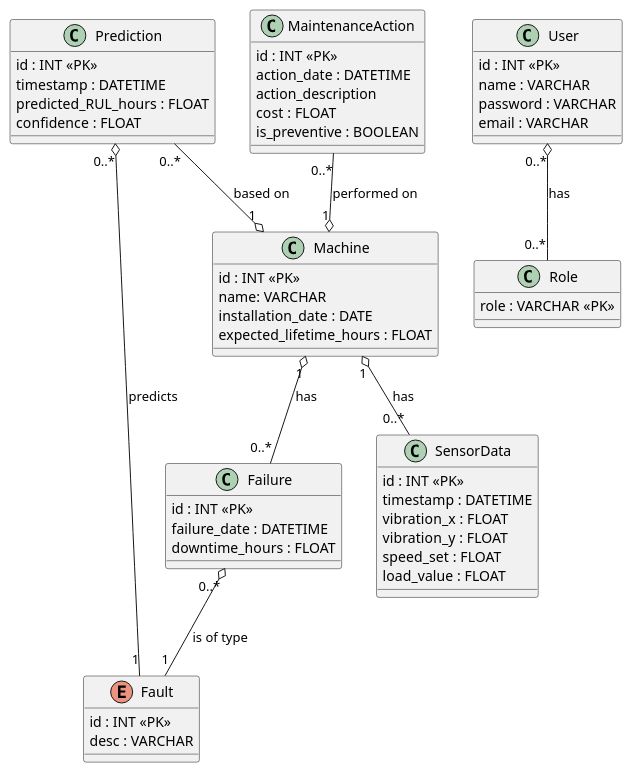
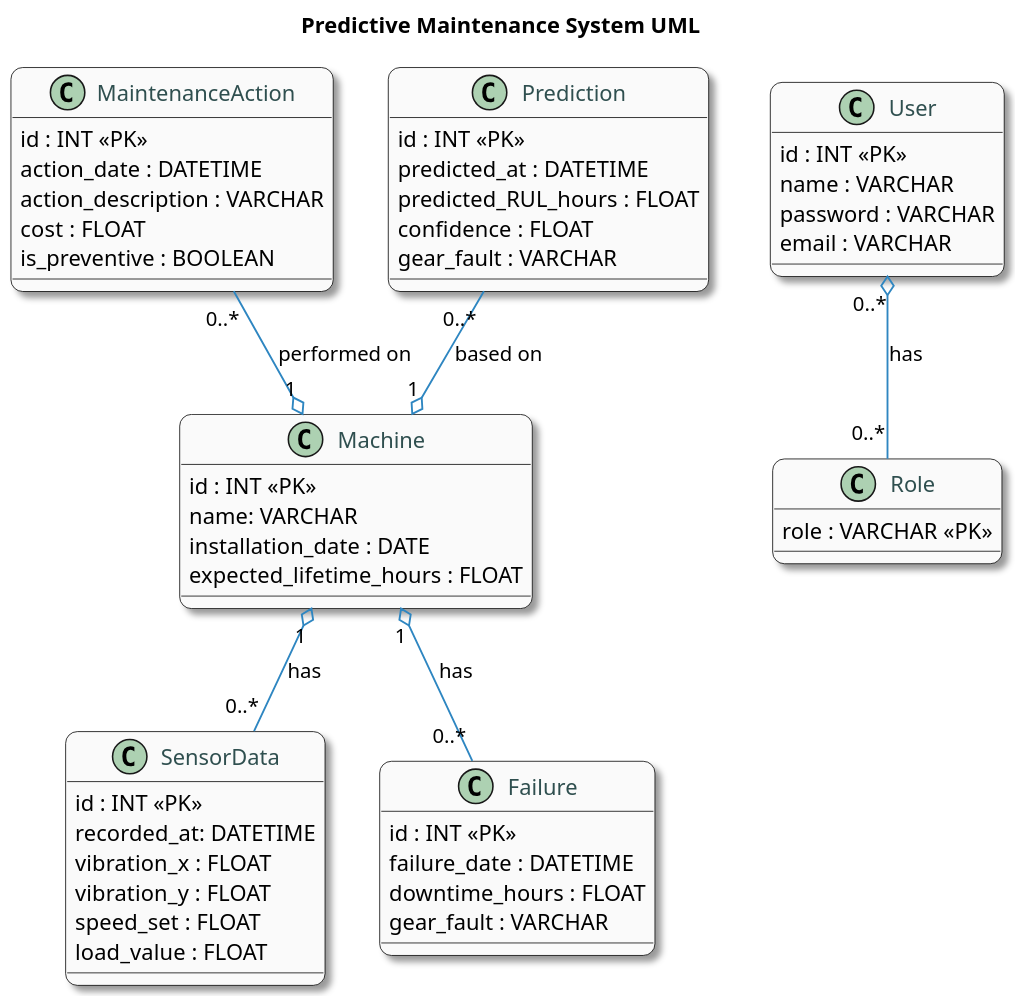
The diagram in class_diagram.puml (Nisrine-C/Maintenance-Platform---Backend), drawn with PlantUML before and after one commit.

```diff
--- a/class_diagram.puml
+++ b/class_diagram.puml
@@ -1,67 +1,78 @@
 @startuml
-'https://plantuml.com/class-diagram
+' https://plantuml.com/class-diagram
 
+' ==== Styling ====
+skinparam classAttributeIconSize 0
+skinparam classFontColor DarkSlateGray
+skinparam classFontSize 14
+skinparam classBackgroundColor #FAFAFA
+skinparam classBorderColor Black
+skinparam classArrowColor #2E86C1
+skinparam classFontName "Arial"
+skinparam shadowing true
+skinparam roundCorner 15
+skinparam dpi 150
+skinparam arrowThickness 1.2
+
+' ==== Title ====
+title Predictive Maintenance System UML
+
+' ==== Classes ====
 class Machine {
   id : INT <<PK>>
   name: VARCHAR
   installation_date : DATE
   expected_lifetime_hours : FLOAT
 }
 
-enum Fault {
-  id : INT <<PK>>
-  desc : VARCHAR
-}
-
 class SensorData {
   id : INT <<PK>>
-  timestamp : DATETIME
+  recorded_at: DATETIME
   vibration_x : FLOAT
   vibration_y : FLOAT
   speed_set : FLOAT
   load_value : FLOAT
 }
 
 class MaintenanceAction {
   id : INT <<PK>>
   action_date : DATETIME
-  action_description
+  action_description : VARCHAR
   cost : FLOAT
   is_preventive : BOOLEAN
 }
 
-
 class Prediction {
   id : INT <<PK>>
-  timestamp : DATETIME
+  predicted_at : DATETIME
   predicted_RUL_hours : FLOAT
   confidence : FLOAT
+  gear_fault : VARCHAR
 }
 
 class Failure {
   id : INT <<PK>>
   failure_date : DATETIME
   downtime_hours : FLOAT
+  gear_fault : VARCHAR
 }
 
 class User {
   id : INT <<PK>>
   name : VARCHAR
   password : VARCHAR
   email : VARCHAR
 }
 
 class Role {
   role : VARCHAR <<PK>>
 }
 
-' Relationships
-Machine "1" o--"0..*" Failure : has
+' ==== Relationships ====
+Machine "1" o-- "0..*" Failure : has
 Machine "1" o-- "0..*" SensorData : has
 MaintenanceAction "0..*" --o "1" Machine : performed on
 Prediction "0..*" --o "1" Machine : based on
-Prediction "0..*" o-- "1" Fault : predicts
-Failure "0..*" o-- "1" Fault : is of type
 User "0..*" o-- "0..*" Role : has
 
 @enduml
```
